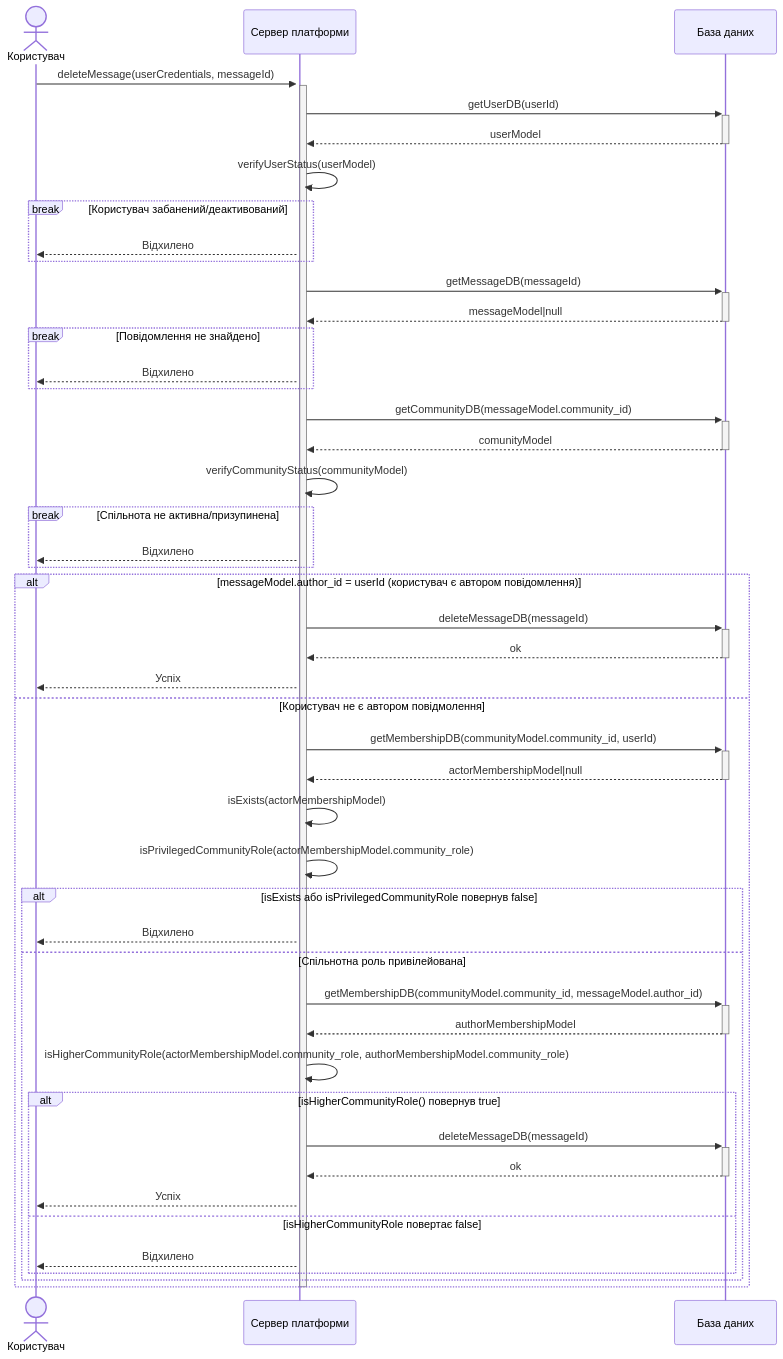
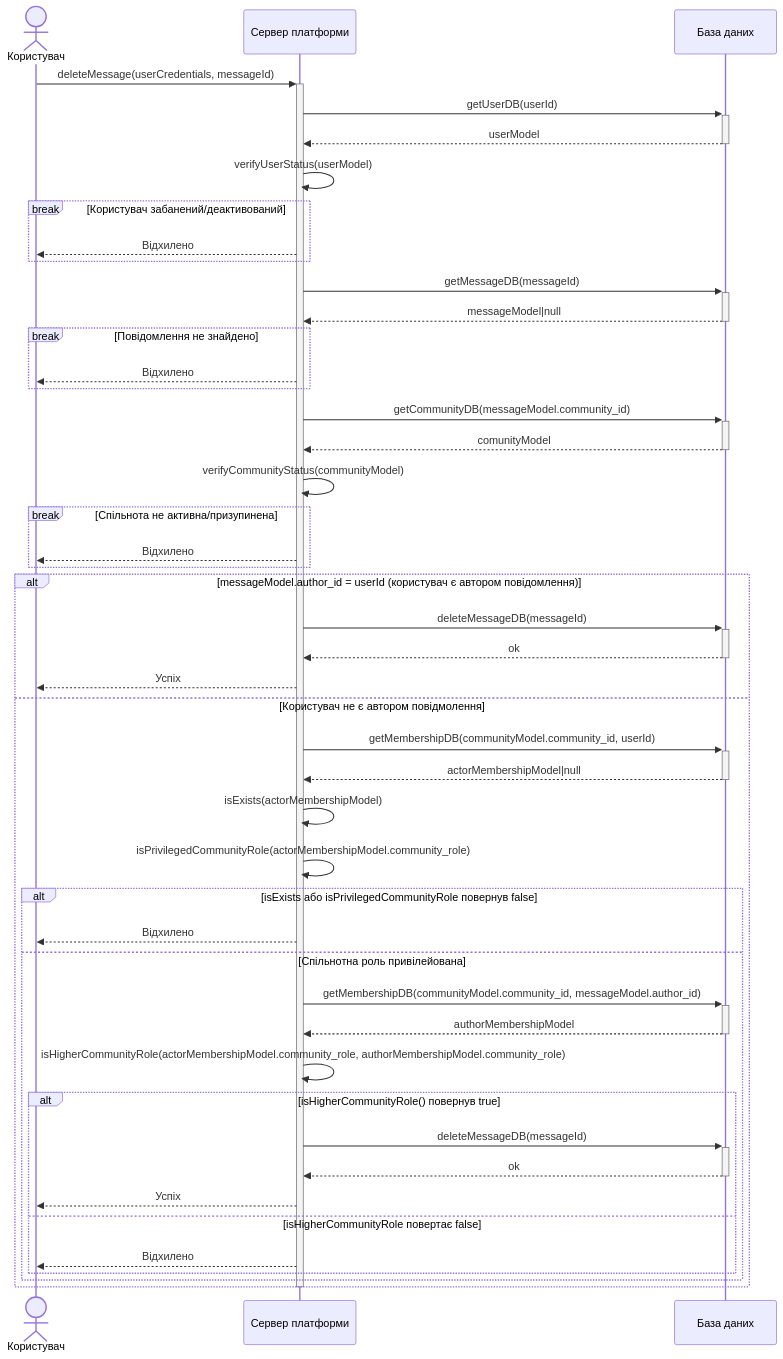
Before and after one commit to devl0g/KPI_lab3: the diagram in models/sequences/us2.mmd, drawn with Mermaid.

Commit message:
fix: extra activate in mmd

```diff
--- a/models/sequences/us2.mmd
+++ b/models/sequences/us2.mmd
@@ -1,59 +1,57 @@
 sequenceDiagram
   actor User as Користувач
   participant Server as Сервер платформи
   participant DB as База даних
-  
-  activate Server
 
   User->>+Server: deleteMessage(userCredentials, messageId)
   Server->>+DB: getUserDB(userId)
   DB-->>-Server: userModel
   Server->>Server: verifyUserStatus(userModel)
 
   break Користувач забанений/деактивований
     Server-->>User: Відхилено
   end
 
   Server->>+DB: getMessageDB(messageId)
   DB-->>-Server: messageModel|null
 
   break Повідомлення не знайдено
     Server-->>User: Відхилено
   end
 
   Server->>+DB: getCommunityDB(messageModel.community_id)
   DB-->>-Server: comunityModel
   Server->>Server: verifyCommunityStatus(communityModel)
 
   break Спільнота не активна/призупинена
     Server-->>User: Відхилено
   end
 
   alt messageModel.author_id = userId (користувач є автором повідомлення)
     Server->>+DB: deleteMessageDB(messageId)
     DB-->>-Server: ok
-    Server-->> User: Успіх
+    Server-->>User: Успіх
   else Користувач не є автором повідмолення
     Server->>+DB: getMembershipDB(communityModel.community_id, userId)
     DB-->>-Server: actorMembershipModel|null
 
     Server->>Server: isExists(actorMembershipModel)
     Server->>Server: isPrivilegedCommunityRole(actorMembershipModel.community_role)
     alt isExists або isPrivilegedCommunityRole повернув false
       Server-->>User: Відхилено
     else Спільнотна роль привілейована
       Server->>+DB: getMembershipDB(communityModel.community_id, messageModel.author_id)
       DB-->>-Server: authorMembershipModel
       Server->>Server: isHigherCommunityRole(actorMembershipModel.community_role, authorMembershipModel.community_role)
 
       alt isHigherCommunityRole() повернув true
         Server->>+DB: deleteMessageDB(messageId)
         DB-->>-Server: ok
         Server-->>User: Успіх
       else isHigherCommunityRole повертає false
         Server-->>User: Відхилено
       end
     end
   end
 
   deactivate Server
```
